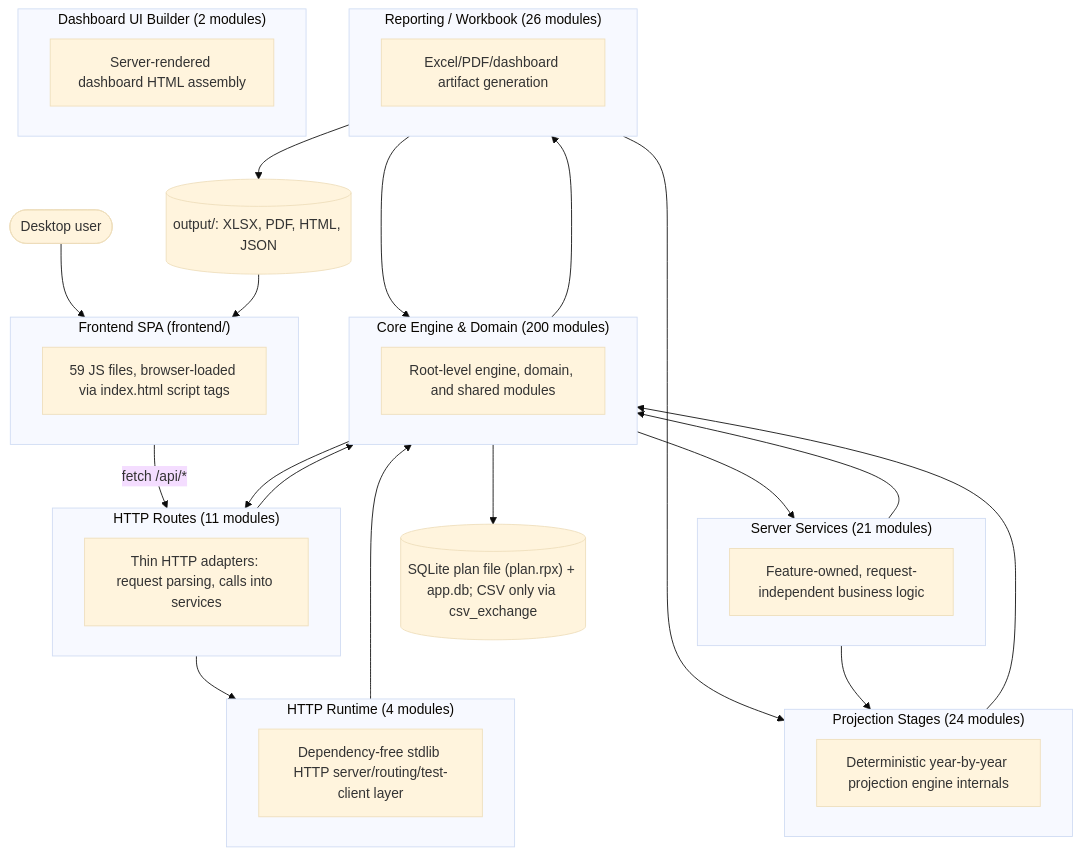
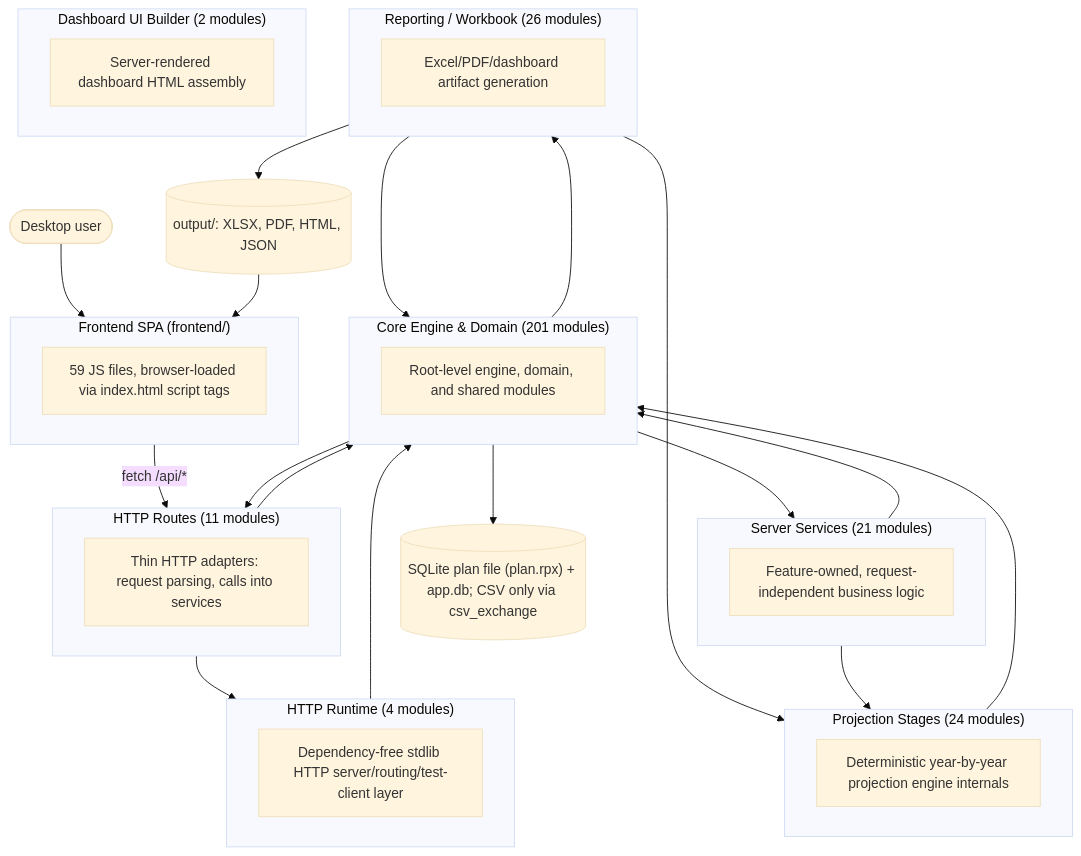
Before and after one commit to matthartzman/retirement_system: the first of 2 diagrams in documentation/reference/SYSTEM_ARCHITECTURE_DIAGRAM.md, drawn with Mermaid (base theme). The commit also changed other lines of this file and 13 other files, not shown here.

````diff
--- a/documentation/reference/SYSTEM_ARCHITECTURE_DIAGRAM.md
+++ b/documentation/reference/SYSTEM_ARCHITECTURE_DIAGRAM.md
@@ -11,43 +11,43 @@
 ```mermaid
 flowchart TB
     User(["Desktop user"]) --> FE
     subgraph FE["Frontend SPA (frontend/)"]
         FEcount["59 JS files, browser-loaded via index.html script tags"]
     end
     FE -->|fetch /api/*| L_HTTP_Routes
     subgraph L_HTTP_Routes["HTTP Routes (11 modules)"]
         L_HTTP_Routes_d["Thin HTTP adapters: request parsing, calls into services"]
     end
     subgraph L_Server_Services["Server Services (21 modules)"]
         L_Server_Services_d["Feature-owned, request-independent business logic"]
     end
     subgraph L_HTTP_Runtime["HTTP Runtime (4 modules)"]
         L_HTTP_Runtime_d["Dependency-free stdlib HTTP server/routing/test-client layer"]
     end
-    subgraph L_Core_Engine___Domain["Core Engine & Domain (200 modules)"]
+    subgraph L_Core_Engine___Domain["Core Engine & Domain (201 modules)"]
         L_Core_Engine___Domain_d["Root-level engine, domain, and shared modules"]
     end
     subgraph L_Projection_Stages["Projection Stages (24 modules)"]
         L_Projection_Stages_d["Deterministic year-by-year projection engine internals"]
     end
     subgraph L_Reporting___Workbook["Reporting / Workbook (26 modules)"]
         L_Reporting___Workbook_d["Excel/PDF/dashboard artifact generation"]
     end
     subgraph L_Dashboard_UI_Builder["Dashboard UI Builder (2 modules)"]
         L_Dashboard_UI_Builder_d["Server-rendered dashboard HTML assembly"]
     end
     L_Core_Engine___Domain --> L_HTTP_Routes
     L_Core_Engine___Domain --> L_Reporting___Workbook
     L_Core_Engine___Domain --> L_Server_Services
     L_HTTP_Routes --> L_Core_Engine___Domain
     L_HTTP_Routes --> L_HTTP_Runtime
     L_HTTP_Runtime --> L_Core_Engine___Domain
     L_Projection_Stages --> L_Core_Engine___Domain
     L_Reporting___Workbook --> L_Core_Engine___Domain
     L_Reporting___Workbook --> L_Projection_Stages
     L_Server_Services --> L_Core_Engine___Domain
     L_Server_Services --> L_Projection_Stages
     L_Core_Engine___Domain --> DB[("SQLite plan file (plan.rpx) + app.db; CSV only via csv_exchange")]
     L_Reporting___Workbook --> Outputs[("output/: XLSX, PDF, HTML, JSON")]
     Outputs --> FE
 ```
````
